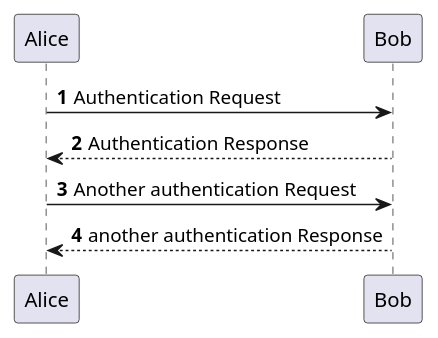
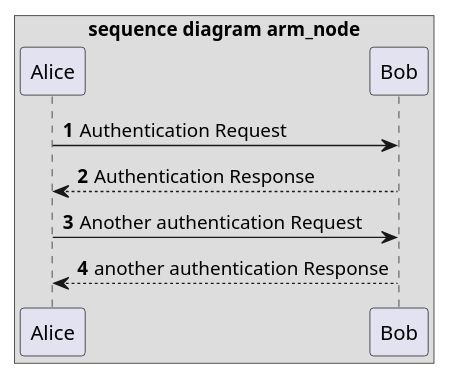
The diagram in diagrams/sequence/seq_dia_cup_node.puml (LukevLuijn/wor_world_bp_sim), drawn with PlantUML before and after one commit. The commit also changed 2 other files, not shown here.

```diff
--- a/diagrams/sequence/seq_dia_cup_node.puml
+++ b/diagrams/sequence/seq_dia_cup_node.puml
@@ -1,13 +1,12 @@
 @startuml
 skinparam backgroundColor transparent
+autonumber
 
-'https://plantuml.com/sequence-diagram
-
-autonumber
+box sequence diagram arm_node
 
 Alice -> Bob: Authentication Request
 Bob --> Alice: Authentication Response
 
 Alice -> Bob: Another authentication Request
 Alice <-- Bob: another authentication Response
 @enduml
```
